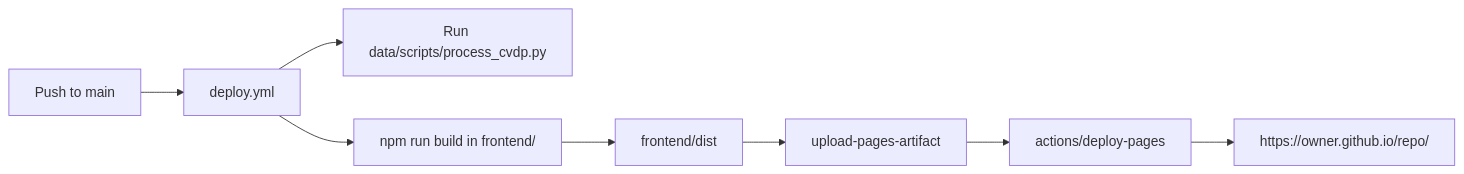
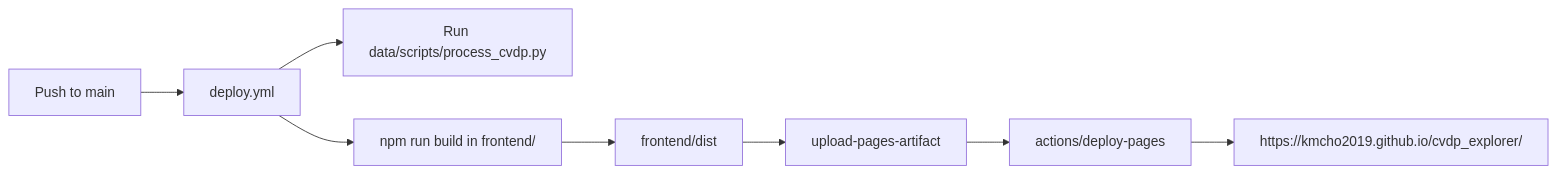
Before and after one commit to kmcho2019/cvdp_explorer: the diagram in docs/DEPLOYMENT.md, drawn with Mermaid. The commit also changed other lines of this file and 1 other file, not shown here.

First line of the commit message:
docs(readme): add concrete GitHub Pages URL

````diff
--- a/docs/DEPLOYMENT.md
+++ b/docs/DEPLOYMENT.md
@@ -7,10 +7,10 @@
 ```mermaid
 flowchart LR
   PUSH[Push to main] --> DEPLOY[deploy.yml]
   DEPLOY --> DATA[Run data/scripts/process_cvdp.py]
   DEPLOY --> BUILD[npm run build in frontend/]
   BUILD --> DIST[frontend/dist]
   DIST --> ARTIFACT[upload-pages-artifact]
   ARTIFACT --> PAGES[actions/deploy-pages]
-  PAGES --> URL[https://owner.github.io/repo/]
+  PAGES --> URL[https://kmcho2019.github.io/cvdp_explorer/]
 ```
````
